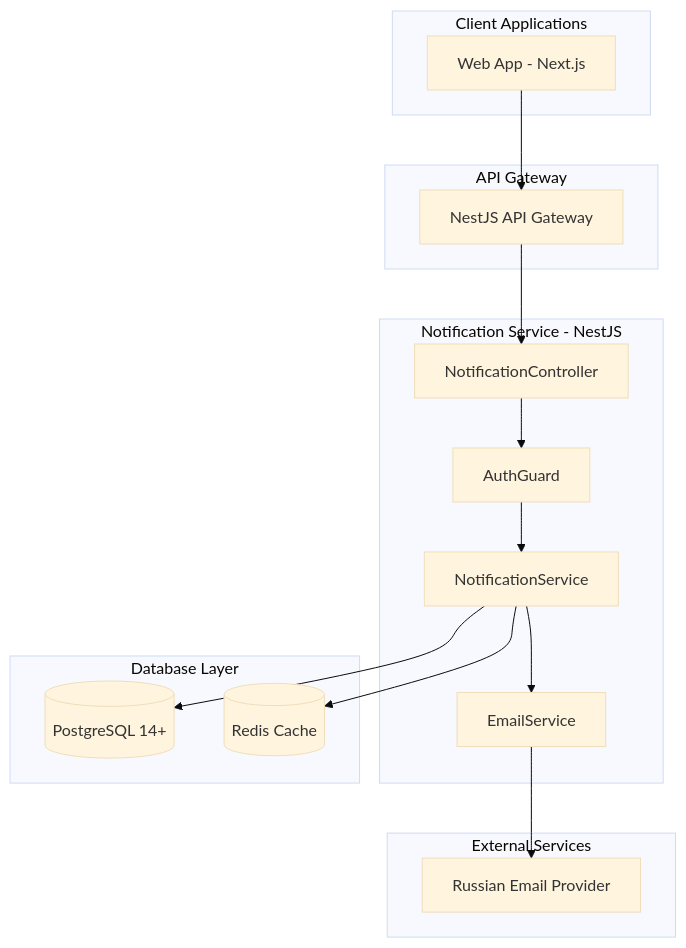
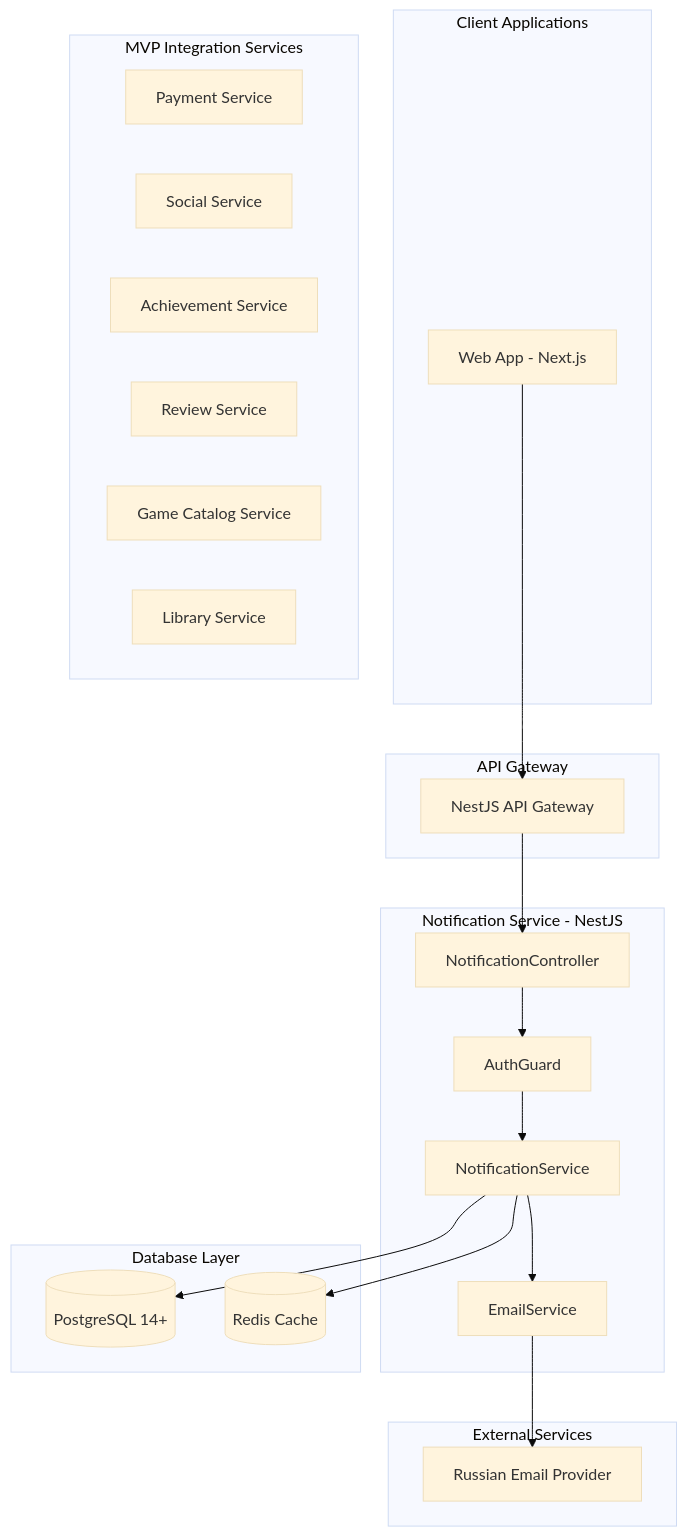
The diagram in .kiro/specs/notification-service/design.md (wizarding-anonymous/cryo), drawn with Mermaid (base theme) before and after one commit. The commit also changed other lines of this file and 27 other files, not shown here.

````diff
--- a/.kiro/specs/notification-service/design.md
+++ b/.kiro/specs/notification-service/design.md
@@ -18,37 +18,46 @@
 ```mermaid
 graph TB
     subgraph "Client Applications"
         Web[Web App - Next.js]
     end
     
     subgraph "API Gateway"
         Gateway[NestJS API Gateway]
     end
     
     subgraph "Notification Service - NestJS"
         Controller[NotificationController]
         Guard[AuthGuard]
         Service[NotificationService]
         EmailService[EmailService]
         
         Controller --> Guard
         Guard --> Service
         Service --> EmailService
     end
     
     subgraph "External Services"
         EmailProvider[Russian Email Provider]
     end
     
+    subgraph "MVP Integration Services"
+        PaymentService[Payment Service]
+        SocialService[Social Service]
+        AchievementService[Achievement Service]
+        ReviewService[Review Service]
+        GameCatalogService[Game Catalog Service]
+        LibraryService[Library Service]
+    end
+    
     subgraph "Database Layer"
         PostgreSQL[(PostgreSQL 14+)]
         Redis[(Redis Cache)]
     end
     
     Web --> Gateway
     Gateway --> Controller
     
     EmailService --> EmailProvider
     Service --> PostgreSQL
     Service --> Redis
 ```
````
